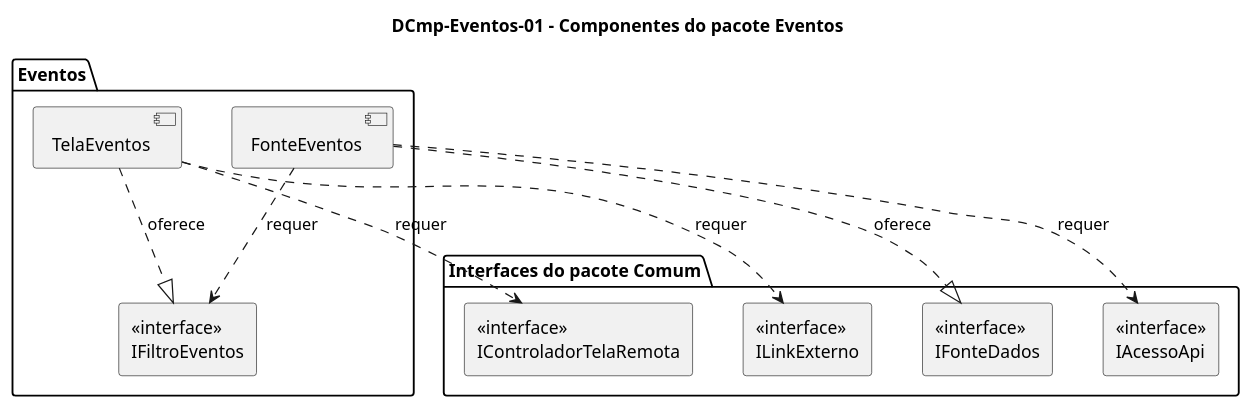
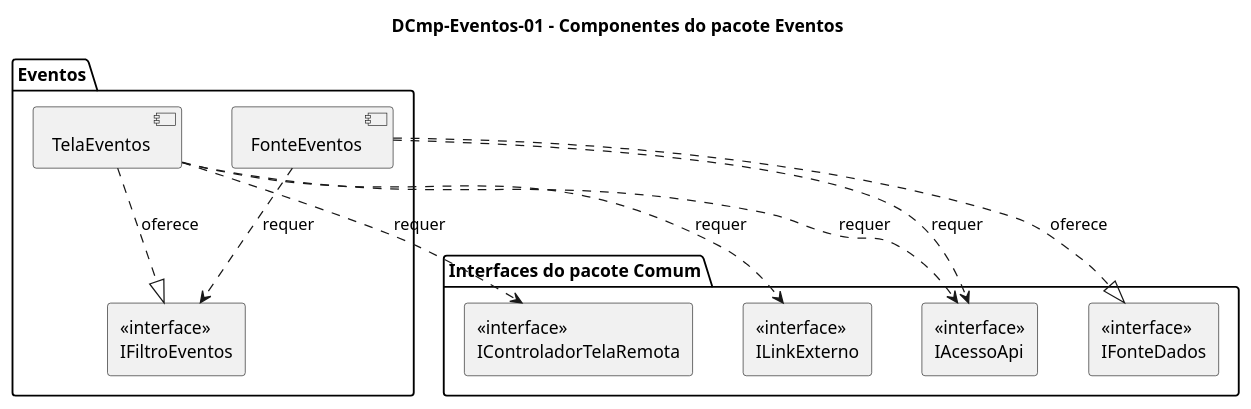
One commit to joseduardogon/Minha_UFG_Grupo_Cinza changed the diagram in Eventos/DCmp-Eventos-01.puml. Above: the diagram before and after it, drawn with PlantUML. The commit also changed 131 other files, not shown here.

```diff
--- a/Eventos/DCmp-Eventos-01.puml
+++ b/Eventos/DCmp-Eventos-01.puml
@@ -1,27 +1,28 @@
 @startuml DCmp-Eventos-01
 title DCmp-Eventos-01 – Componentes do pacote Eventos
 skinparam componentStyle uml2
 skinparam nodesep 40
 skinparam ranksep 70
 
 package "Eventos" {
   component "TelaEventos" as Tela
   component "FonteEventos" as Fonte
   rectangle "<<interface>>\nIFiltroEventos" as IFiltro
 }
 
 package "Interfaces do pacote Comum" {
   rectangle "<<interface>>\nIControladorTelaRemota" as IControlador
   rectangle "<<interface>>\nILinkExterno" as ILinkExterno
   rectangle "<<interface>>\nIFonteDados" as IFonteDados
   rectangle "<<interface>>\nIAcessoApi" as IAcessoApi
 }
 
 Tela ..|> IFiltro : oferece
 Fonte ..|> IFonteDados : oferece
 
 Tela ..> IControlador : requer
 Tela ..> ILinkExterno : requer
+Tela ..> IAcessoApi : requer
 Fonte ..> IAcessoApi : requer
 Fonte ..> IFiltro : requer
 @enduml
```
